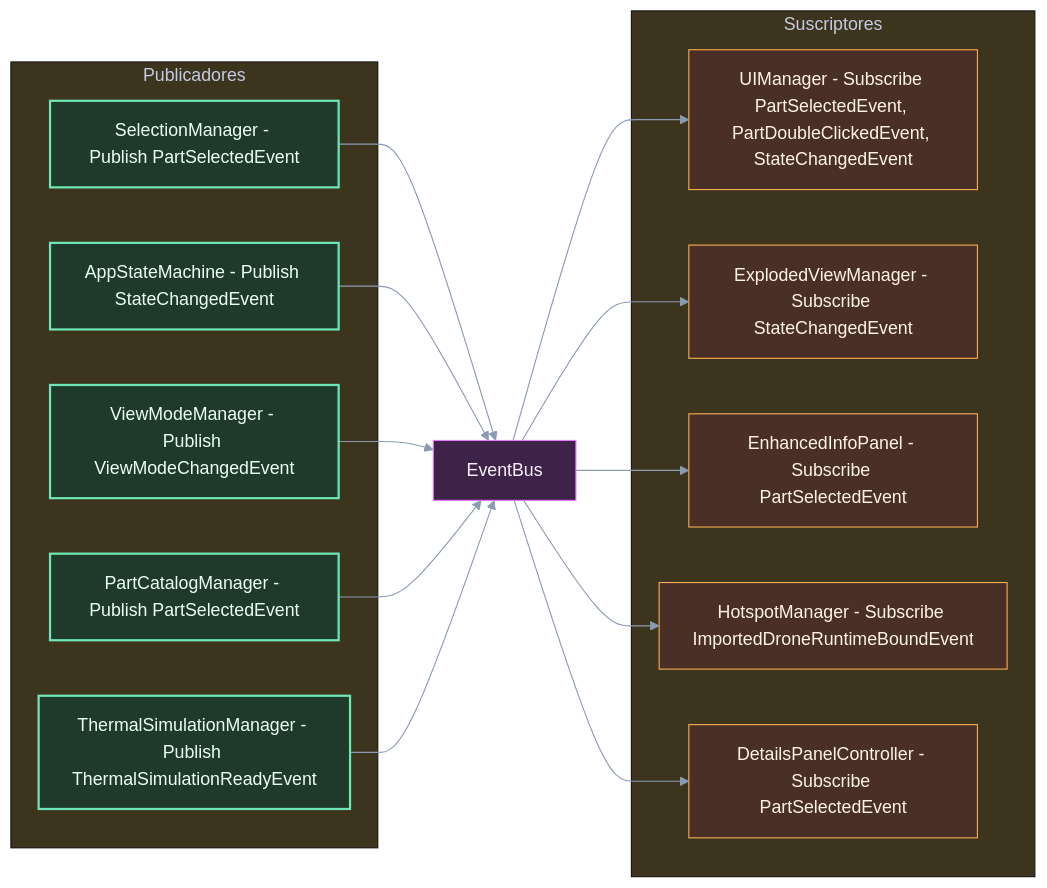
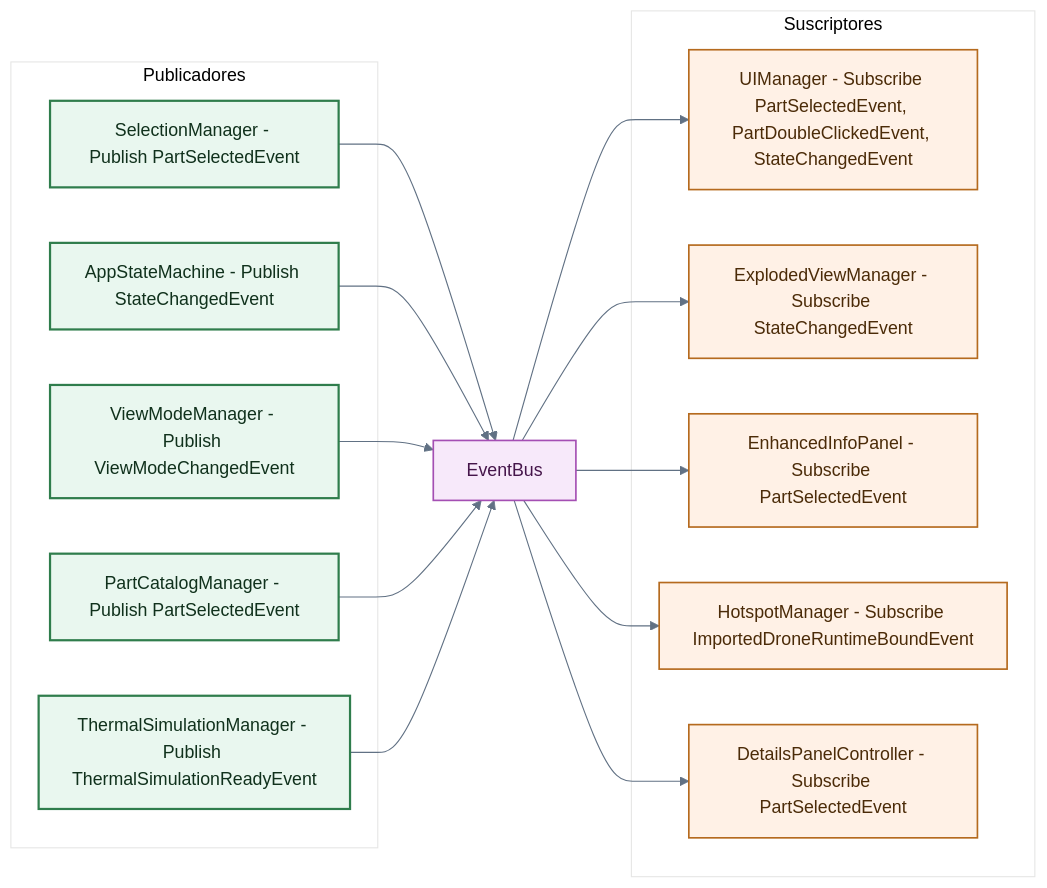
One commit to delarge95/WebGL-Thesis-Proposal changed the diagram in Informe_final/Desarrollo_App/Audits/07_Diagrams_Workflow/rendered/fig_4_2.mmd. Above: the diagram before and after it, drawn with Mermaid. The commit also changed other lines of this file and 53 other files, not shown here.

First line of the commit message:
Checkpoint 2026-04-12: correcciones ortograficas, audits y rerender Mermaid en propuesta/informe

```diff
--- a/Informe_final/Desarrollo_App/Audits/07_Diagrams_Workflow/rendered/fig_4_2.mmd
+++ b/Informe_final/Desarrollo_App/Audits/07_Diagrams_Workflow/rendered/fig_4_2.mmd
@@ -1,55 +1,55 @@
-%%{init: {"theme":"base","themeVariables": {
-  "fontFamily":"system-ui, -apple-system, Segoe UI, sans-serif",
-  "background":"#0b0f17",
-  "primaryColor":"#151b2b",
-  "primaryTextColor":"#e6edf7",
-  "primaryBorderColor":"#7dd3fc",
-  "lineColor":"#8b9bb4",
-  "textColor":"#e6edf7",
-  "edgeLabelBackground":"#0f1724"
+%%{init: {'theme':'base','themeVariables': {
+  'fontFamily':'Trebuchet MS, Segoe UI, sans-serif',
+  'background':'#fcfcf8',
+  'primaryColor':'#f5f7fb',
+  'primaryTextColor':'#102033',
+  'primaryBorderColor':'#4a6fa5',
+  'lineColor':'#617184',
+  'textColor':'#102033',
+  'edgeLabelBackground':'#f7f9fc'
 }}}%%
 flowchart LR
     subgraph PUB[Publicadores]
       P1[SelectionManager - Publish PartSelectedEvent]
       P2[AppStateMachine - Publish StateChangedEvent]
       P3[ViewModeManager - Publish ViewModeChangedEvent]
       P4[PartCatalogManager - Publish PartSelectedEvent]
       P5[ThermalSimulationManager - Publish ThermalSimulationReadyEvent]
     end
 
     E[EventBus]
 
     subgraph SUB[Suscriptores]
       S1[UIManager - Subscribe PartSelectedEvent, PartDoubleClickedEvent, StateChangedEvent]
       S2[ExplodedViewManager - Subscribe StateChangedEvent]
       S3[EnhancedInfoPanel - Subscribe PartSelectedEvent]
       S4[HotspotManager - Subscribe ImportedDroneRuntimeBoundEvent]
       S5[DetailsPanelController - Subscribe PartSelectedEvent]
     end
 
     P1 --> E
     P2 --> E
     P3 --> E
     P4 --> E
     P5 --> E
 
     E --> S1
     E --> S2
     E --> S3
     E --> S4
     E --> S5
 
-    classDef ui fill:#1b3250,stroke:#7cc8ff,color:#f0f8ff,stroke-width:1px;
-    classDef orch fill:#1f3a2b,stroke:#6ee7b7,color:#ecfff6,stroke-width:2px;
-    classDef svc fill:#4a2f26,stroke:#f6ad55,color:#fff4e6,stroke-width:1px;
-    classDef data fill:#2f2a44,stroke:#c4b5fd,color:#f5f3ff,stroke-width:1px;
-    classDef event fill:#3d2348,stroke:#e879f9,color:#fdf4ff,stroke-width:1px;
-    classDef state fill:#0b3f46,stroke:#5eead4,color:#ecfeff,stroke-width:1px;
-    classDef risk fill:#5a1c1c,stroke:#f87171,color:#fff1f2,stroke-width:2px;
-    classDef mitigation fill:#223a76,stroke:#7dd3fc,color:#f0f8ff,stroke-width:1px;
-    classDef result fill:#145f54,stroke:#34d399,color:#ecfdf5,stroke-width:1px;
-    classDef neutral fill:#2b3140,stroke:#8b9bb4,color:#e6edf7,stroke-width:1px;
+    classDef ui fill:#eaf2fb,stroke:#3b6ea5,color:#102033,stroke-width:1.5px;
+    classDef orch fill:#e9f7ef,stroke:#2f7d4c,color:#10311c,stroke-width:2px;
+    classDef svc fill:#fff1e6,stroke:#b56a1e,color:#4b2b08,stroke-width:1.5px;
+    classDef data fill:#f2ecfb,stroke:#7a59b5,color:#281642,stroke-width:1.5px;
+    classDef event fill:#f7e9fa,stroke:#a44fb3,color:#45154a,stroke-width:1.5px;
+    classDef state fill:#e7f6f7,stroke:#21797a,color:#123536,stroke-width:1.5px;
+    classDef risk fill:#fdeaea,stroke:#c23b3b,color:#5a1515,stroke-width:2px;
+    classDef mitigation fill:#edf3ff,stroke:#5877c6,color:#1b2d57,stroke-width:1.5px;
+    classDef result fill:#e8f8ef,stroke:#2d8a57,color:#123322,stroke-width:1.5px;
+    classDef neutral fill:#f3f5f7,stroke:#677788,color:#17212b,stroke-width:1.5px;
 
     class E event;
     class P1,P2,P3,P4,P5 orch;
     class S1,S2,S3,S4,S5 svc;
```
